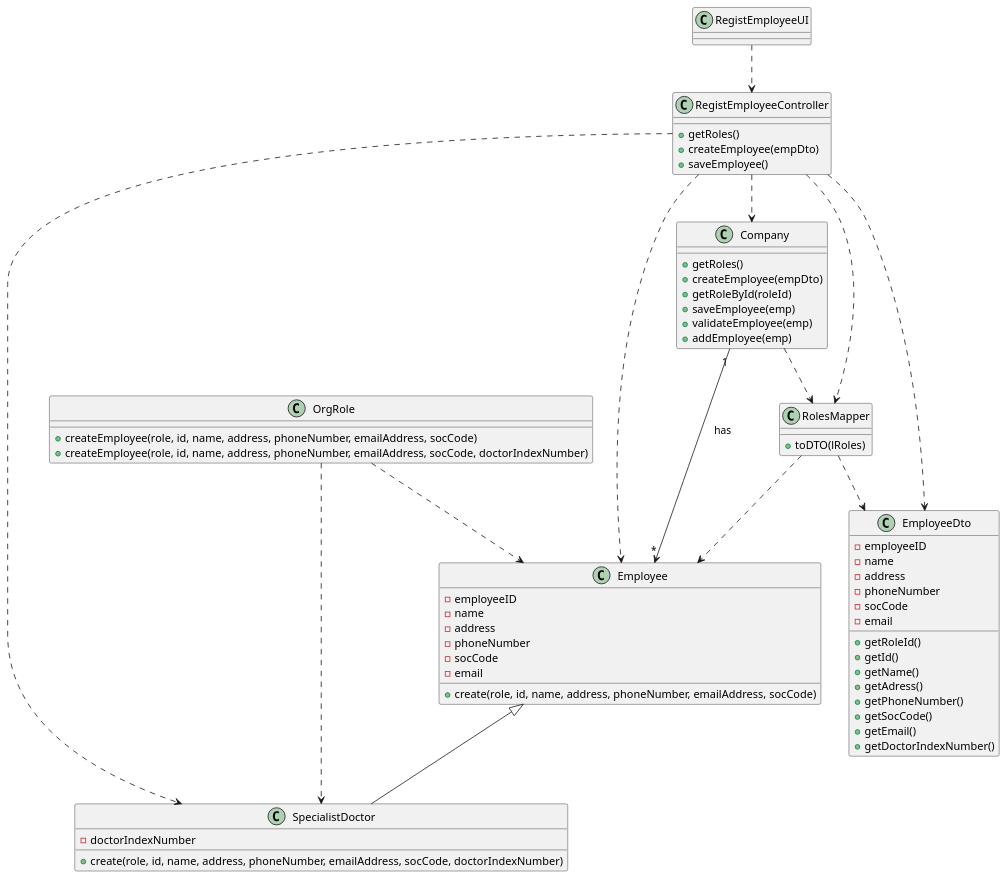
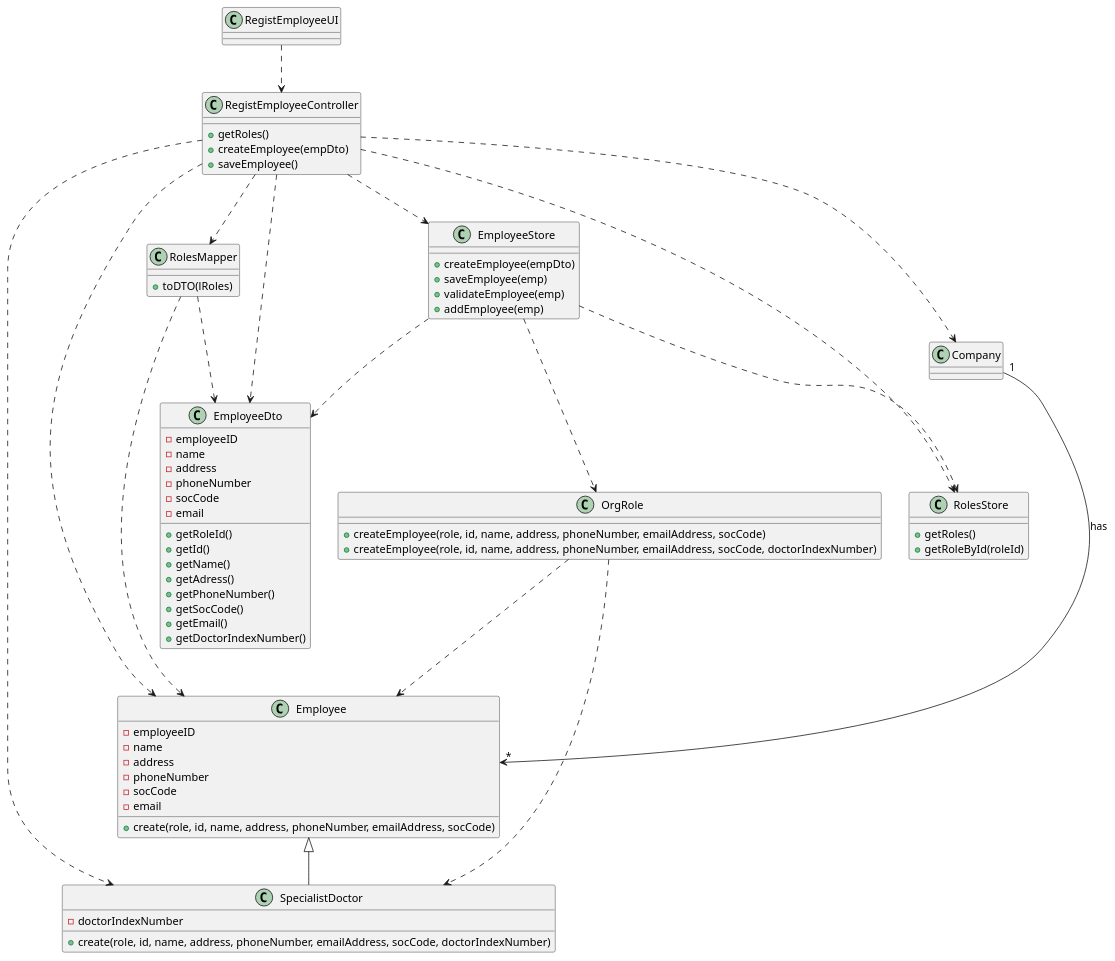
The diagram in docs/SprintB/US7_CreateEmployee/US007_CD.puml (Pedromaia26/LAPR2-ISEP), drawn with PlantUML before and after one commit.

Commit message:
Adding stores to CD US7

```diff
--- a/docs/SprintB/US7_CreateEmployee/US007_CD.puml
+++ b/docs/SprintB/US7_CreateEmployee/US007_CD.puml
@@ -1,61 +1,66 @@
 @startuml
 RegistEmployeeUI ..> RegistEmployeeController
 RegistEmployeeController ..>Company
 RegistEmployeeController ..>Employee
 RegistEmployeeController ..>SpecialistDoctor
 RegistEmployeeController ..>RolesMapper
 RegistEmployeeController ..>EmployeeDto
+RegistEmployeeController ..>RolesStore
+RegistEmployeeController ..>EmployeeStore
+
 OrgRole ..> Employee
 OrgRole ..> SpecialistDoctor
 Employee <|-- SpecialistDoctor
 
 RegistEmployeeController : +getRoles()
 RegistEmployeeController : +createEmployee(empDto)
 RegistEmployeeController : +saveEmployee()
 
 Company "1" --> "*" Employee: has
 
-Company ..> RolesMapper
+EmployeeStore ..>EmployeeDto
+EmployeeStore ..>RolesStore
+EmployeeStore ..>OrgRole 
 
 RolesMapper ..> EmployeeDto
 
 RolesMapper ..> Employee
 
 RolesMapper : +toDTO(lRoles)
 
-Company : +getRoles()
-Company : +createEmployee(empDto)
-Company : +getRoleById(roleId)
-Company : +saveEmployee(emp)
-Company : +validateEmployee(emp)
-Company : +addEmployee(emp)
+RolesStore : +getRoles()
+EmployeeStore : +createEmployee(empDto)
+RolesStore : +getRoleById(roleId)
+EmployeeStore : +saveEmployee(emp)
+EmployeeStore : +validateEmployee(emp)
+EmployeeStore : +addEmployee(emp)
 
 OrgRole : +createEmployee(role, id, name, address, phoneNumber, emailAddress, socCode)
 OrgRole : +createEmployee(role, id, name, address, phoneNumber, emailAddress, socCode, doctorIndexNumber)
 
 EmployeeDto : +getRoleId()
 EmployeeDto : +getId()
 EmployeeDto : +getName()
 EmployeeDto : +getAdress()
 EmployeeDto : +getPhoneNumber()
 EmployeeDto : +getSocCode()
 EmployeeDto : +getEmail()
 EmployeeDto : +getDoctorIndexNumber()
 EmployeeDto : -employeeID
 EmployeeDto : -name
 EmployeeDto : -address
 EmployeeDto : -phoneNumber
 EmployeeDto : -socCode
 EmployeeDto : -email
 
 Employee : +create(role, id, name, address, phoneNumber, emailAddress, socCode)
 Employee : -employeeID
 Employee : -name
 Employee : -address
 Employee : -phoneNumber
 Employee : -socCode
 Employee : -email
 
 SpecialistDoctor : +create(role, id, name, address, phoneNumber, emailAddress, socCode, doctorIndexNumber)
 SpecialistDoctor : -doctorIndexNumber
 @enduml
```
